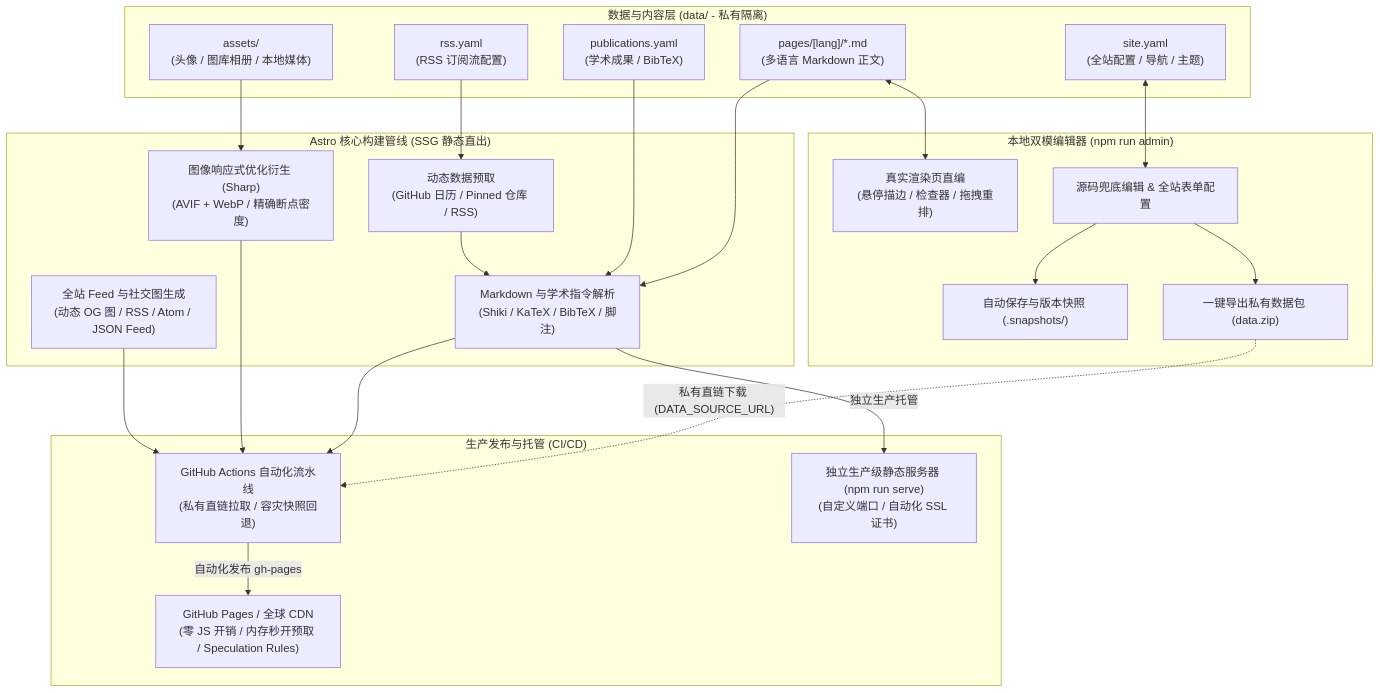
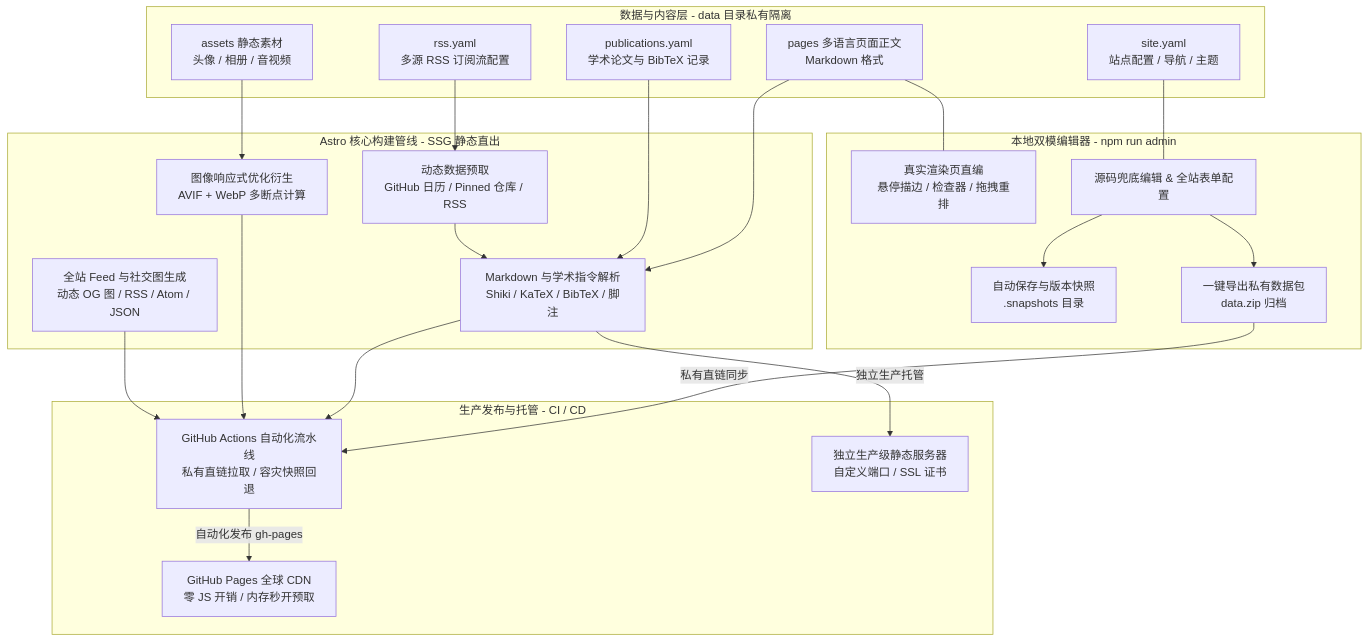
The diagram in README.zh-CN.md (stlin256/OpenHomepage-V2), drawn with Mermaid before and after one commit. The commit also changed 1 other file, not shown here.

Commit message:
fix(docs): 彻底修复 GitHub Mermaid 语法（移除双向箭头与特殊符号）

````diff
--- a/README.zh-CN.md
+++ b/README.zh-CN.md
@@ -322,47 +322,47 @@
 ```mermaid
 flowchart TD
-    subgraph DataGroup["数据与内容层 (data/ - 私有隔离)"]
-        SiteYAML["site.yaml<br/>(全站配置 / 导航 / 主题)"]
-        PagesMD["pages/[lang]/*.md<br/>(多语言 Markdown 正文)"]
-        PubsYAML["publications.yaml<br/>(学术成果 / BibTeX)"]
-        RssYAML["rss.yaml<br/>(RSS 订阅流配置)"]
-        MediaAssets["assets/<br/>(头像 / 图库相册 / 本地媒体)"]
+    subgraph DataLayer ["数据与内容层 - data 目录私有隔离"]
+        SiteConfig["site.yaml<br/>站点配置 / 导航 / 主题"]
+        PagesContent["pages 多语言页面正文<br/>Markdown 格式"]
+        PubsData["publications.yaml<br/>学术论文与 BibTeX 记录"]
+        RssConfig["rss.yaml<br/>多源 RSS 订阅流配置"]
+        MediaAssets["assets 静态素材<br/>头像 / 相册 / 音视频"]
     end
 
-    subgraph AdminGroup["本地双模编辑器 (npm run admin)"]
-        WYSIWYG["真实渲染页直编<br/>(悬停描边 / 检查器 / 拖拽重排)"]
+    subgraph EditorAdmin ["本地双模编辑器 - npm run admin"]
+        WYSIWYG["真实渲染页直编<br/>悬停描边 / 检查器 / 拖拽重排"]
         SourceEditor["源码兜底编辑 & 全站表单配置"]
-        Snapshots["自动保存与版本快照 (.snapshots/)"]
-        ExportZip["一键导出私有数据包 (data.zip)"]
+        Snapshots["自动保存与版本快照<br/>.snapshots 目录"]
+        ExportZip["一键导出私有数据包<br/>data.zip 归档"]
     end
 
-    subgraph BuildGroup["Astro 核心构建管线 (SSG 静态直出)"]
-        PrefetchEngine["动态数据预取<br/>(GitHub 日历 / Pinned 仓库 / RSS)"]
-        MarkdownEngine["Markdown 与学术指令解析<br/>(Shiki / KaTeX / BibTeX / 脚注)"]
-        ImageEngine["图像响应式优化衍生 (Sharp)<br/>(AVIF + WebP / 精确断点密度)"]
-        SyndicationEngine["全站 Feed 与社交图生成<br/>(动态 OG 图 / RSS / Atom / JSON Feed)"]
+    subgraph BuildEngine ["Astro 核心构建管线 - SSG 静态直出"]
+        PrefetchService["动态数据预取<br/>GitHub 日历 / Pinned 仓库 / RSS"]
+        MarkdownCompiler["Markdown 与学术指令解析<br/>Shiki / KaTeX / BibTeX / 脚注"]
+        ImageOptimizer["图像响应式优化衍生<br/>AVIF + WebP 多断点计算"]
+        SiteFeeds["全站 Feed 与社交图生成<br/>动态 OG 图 / RSS / Atom / JSON"]
     end
 
-    subgraph DeployGroup["生产发布与托管 (CI/CD)"]
-        GHActions["GitHub Actions 自动化流水线<br/>(私有直链拉取 / 容灾快照回退)"]
-        GHPages["GitHub Pages / 全球 CDN<br/>(零 JS 开销 / 内存秒开预取 / Speculation Rules)"]
-        ServerHost["独立生产级静态服务器 (npm run serve)<br/>(自定义端口 / 自动化 SSL 证书)"]
+    subgraph DeployEngine ["生产发布与托管 - CI / CD"]
+        GHActions["GitHub Actions 自动化流水线<br/>私有直链拉取 / 容灾快照回退"]
+        GHPages["GitHub Pages 全球 CDN<br/>零 JS 开销 / 内存秒开预取"]
+        ServerHost["独立生产级静态服务器<br/>自定义端口 / SSL 证书"]
     end
 
     %% 核心数据流转
-    SiteYAML <--> SourceEditor
-    PagesMD <--> WYSIWYG
+    SiteConfig --- SourceEditor
+    PagesContent --- WYSIWYG
     SourceEditor --> Snapshots
     SourceEditor --> ExportZip
-    ExportZip -.->|"私有直链下载 (DATA_SOURCE_URL)"| GHActions
-    PagesMD --> MarkdownEngine
-    PubsYAML --> MarkdownEngine
-    RssYAML --> PrefetchEngine
-    MediaAssets --> ImageEngine
-    PrefetchEngine --> MarkdownEngine
-    MarkdownEngine --> GHActions
-    ImageEngine --> GHActions
-    SyndicationEngine --> GHActions
-    GHActions -->|"自动化发布 gh-pages"| GHPages
-    MarkdownEngine -->|"独立生产托管"| ServerHost
+    ExportZip -->|私有直链同步| GHActions
+    PagesContent --> MarkdownCompiler
+    PubsData --> MarkdownCompiler
+    RssConfig --> PrefetchService
+    MediaAssets --> ImageOptimizer
+    PrefetchService --> MarkdownCompiler
+    MarkdownCompiler --> GHActions
+    ImageOptimizer --> GHActions
+    SiteFeeds --> GHActions
+    GHActions -->|自动化发布 gh-pages| GHPages
+    MarkdownCompiler -->|独立生产托管| ServerHost
 ```
````
